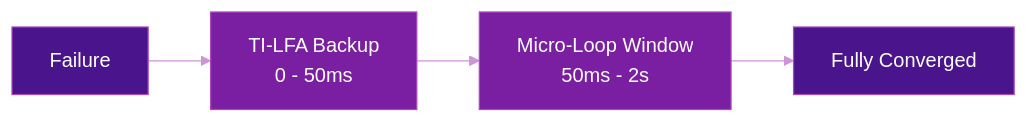
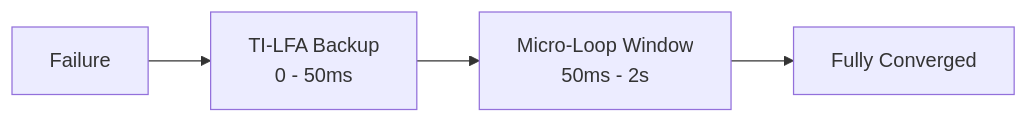
Before and after one commit to eldaninavas/srv6.md: the second of 2 diagrams in docs/topics/micro-loop-avoidance.md, drawn with Mermaid. The commit also changed other lines of this file and 29 other files, not shown here.

First line of the commit message:
fix(mermaid): apply theme-aware colors site-wide

````diff
--- a/docs/topics/micro-loop-avoidance.md
+++ b/docs/topics/micro-loop-avoidance.md
@@ -56,12 +50,6 @@
 ```mermaid
-%%{init: {"theme": "base", "themeVariables": {"primaryTextColor": "#fff", "lineColor": "#ce93d8", "textColor": "#fff"}}}%%
 graph LR
     FAIL[Failure] --> TILFA[TI-LFA Backup<br/>0 - 50ms]
     TILFA --> MLA[Micro-Loop Window<br/>50ms - 2s]
     MLA --> CONV[Fully Converged]
-
-    style FAIL fill:#4a148c,color:#fff,stroke:#ab47bc
-    style TILFA fill:#7b1fa2,color:#fff,stroke:#ab47bc
-    style MLA fill:#7b1fa2,color:#fff,stroke:#ab47bc
-    style CONV fill:#4a148c,color:#fff,stroke:#ab47bc
 ```
````
